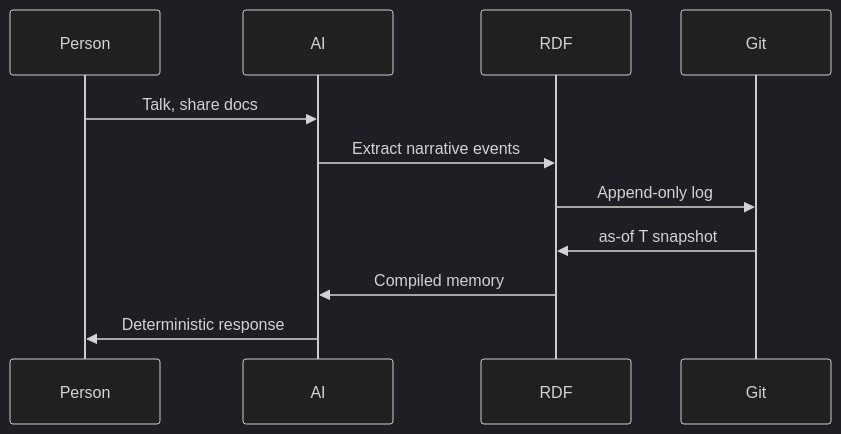
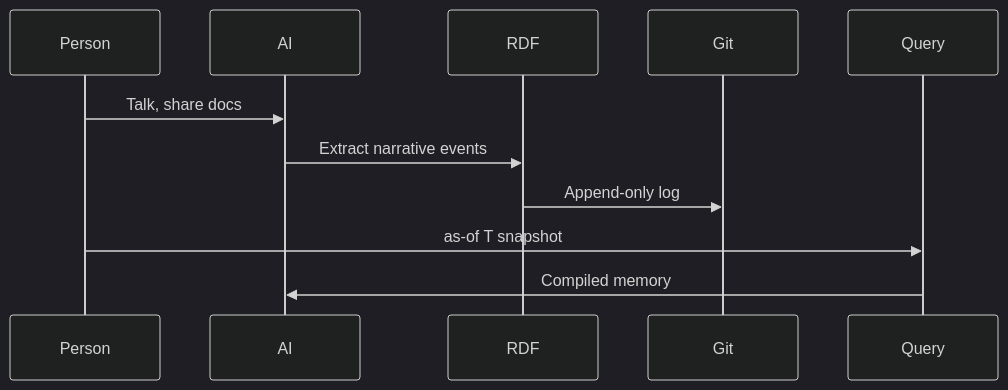
One commit to Synthetic-Identity-Co/conj-talk-2025 changed the second of 4 diagrams in conj-talk-2025.md. Above: the diagram before and after it, drawn with Mermaid (dark theme). The commit also changed other lines of this file, not shown here.

````diff
--- a/conj-talk-2025.md
+++ b/conj-talk-2025.md
@@ -179,14 +156,14 @@
 ```mermaid
 sequenceDiagram
     participant Person
     participant AI
     participant RDF
     participant Git
+    participant Query
     
     Person->>AI: Talk, share docs
     AI->>RDF: Extract narrative events
     RDF->>Git: Append-only log
-    Git->>RDF: as-of T snapshot
-    RDF->>AI: Compiled memory
-    AI->>Person: Deterministic response
+    Person->>Query: as-of T snapshot
+    Query->>AI: Compiled memory
 ```
````
